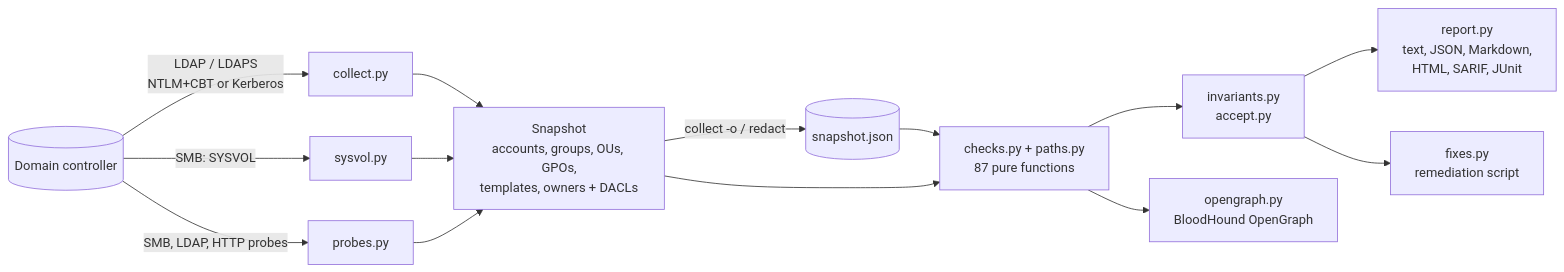
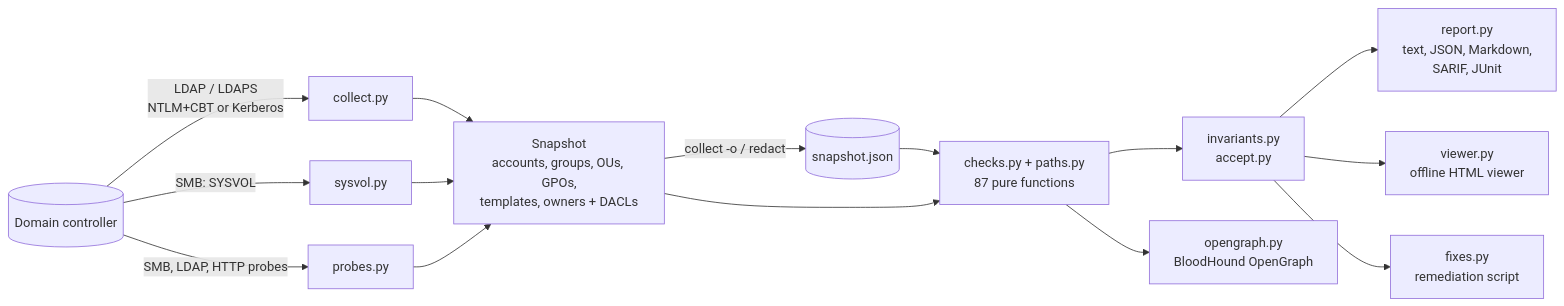
One commit to brkozer/ad-doctor changed the diagram in README.md. Above: the diagram before and after it, drawn with Mermaid. The commit also changed other lines of this file and 46 other files, not shown here.

Commit message:
feat: add offline single-file HTML viewer with optional encryption

````diff
--- a/README.md
+++ b/README.md
@@ -335,16 +348,17 @@
 ```mermaid
 flowchart LR
     DC[(Domain controller)] -- "LDAP / LDAPS<br/>NTLM+CBT or Kerberos" --> C[collect.py]
     DC -- "SMB: SYSVOL" --> V[sysvol.py]
     DC -- "SMB, LDAP, HTTP probes" --> P[probes.py]
     C --> S[Snapshot<br/>accounts, groups, OUs, GPOs,<br/>templates, owners + DACLs]
     V --> S
     P --> S
     S -- "collect -o / redact" --> F[(snapshot.json)]
     F --> A
     S --> A[checks.py + paths.py<br/>87 pure functions]
     A --> I[invariants.py<br/>accept.py]
-    I --> R[report.py<br/>text, JSON, Markdown,<br/>HTML, SARIF, JUnit]
+    I --> R[report.py<br/>text, JSON, Markdown,<br/>SARIF, JUnit]
+    I --> W[viewer.py<br/>offline HTML viewer]
     I --> X[fixes.py<br/>remediation script]
     A --> O[opengraph.py<br/>BloodHound OpenGraph]
 ```
````
